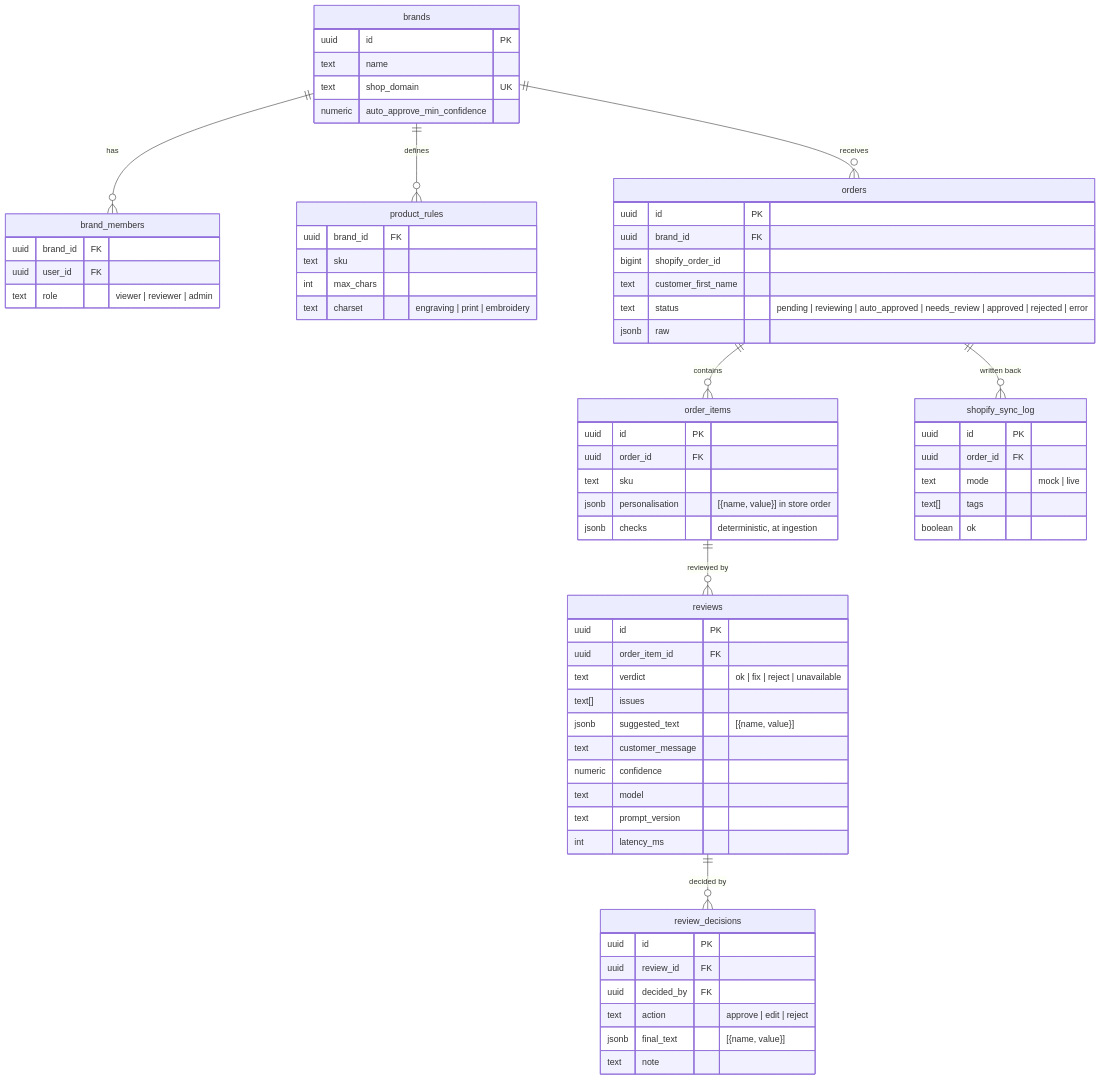
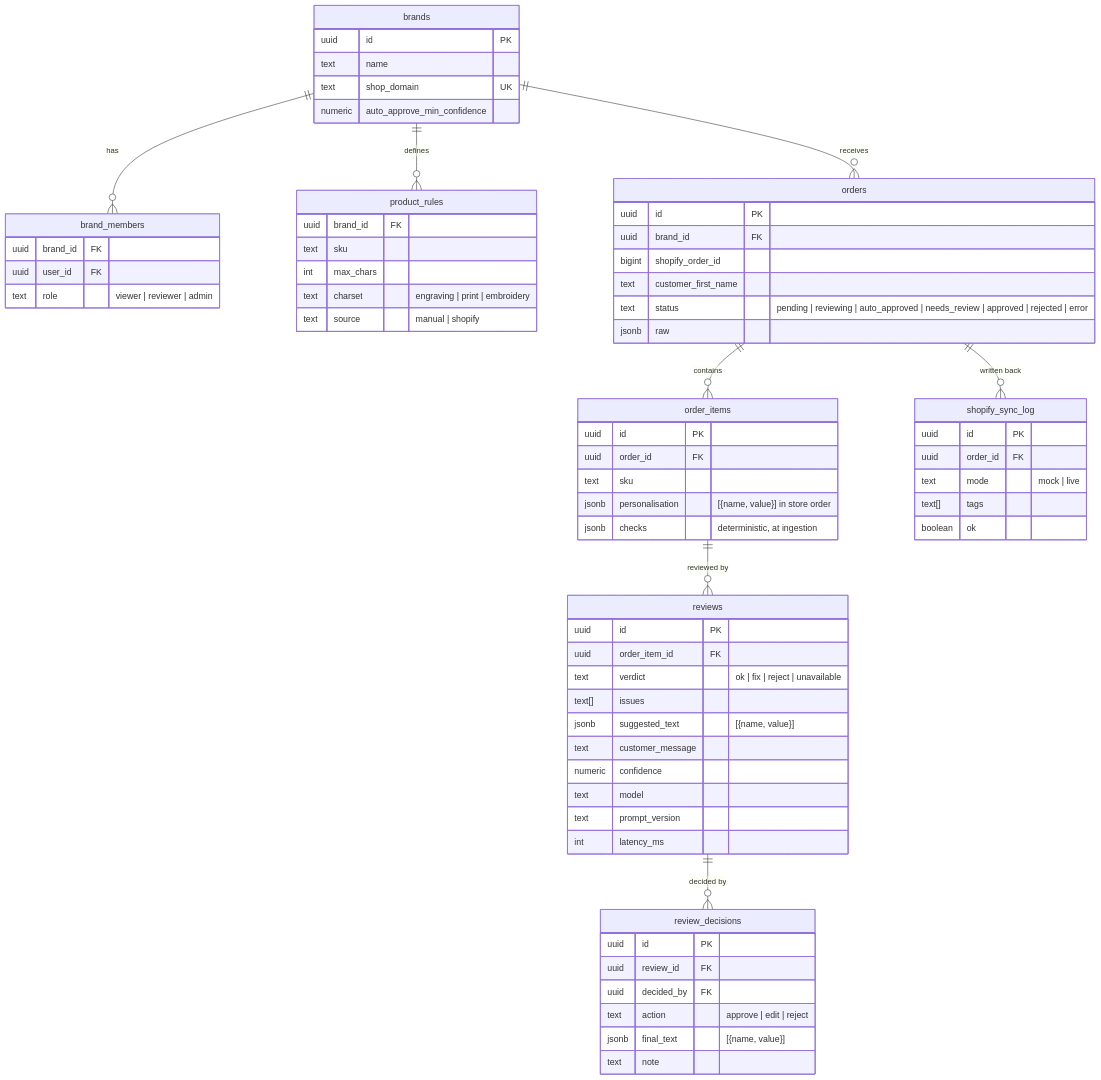
Before and after one commit to SamukDantas/order-ops-copilot: the third of 3 diagrams in docs/TDD.md, drawn with Mermaid. The commit also changed other lines of this file and 11 other files, not shown here.

````diff
--- a/docs/TDD.md
+++ b/docs/TDD.md
@@ -108,69 +108,70 @@
 ```mermaid
 erDiagram
     brands ||--o{ brand_members : has
     brands ||--o{ product_rules : defines
     brands ||--o{ orders : receives
     orders ||--o{ order_items : contains
     orders ||--o{ shopify_sync_log : "written back"
     order_items ||--o{ reviews : "reviewed by"
     reviews ||--o{ review_decisions : "decided by"
     brands {
       uuid id PK
       text name
       text shop_domain UK
       numeric auto_approve_min_confidence
     }
     brand_members {
       uuid brand_id FK
       uuid user_id FK
       text role "viewer | reviewer | admin"
     }
     product_rules {
       uuid brand_id FK
       text sku
       int max_chars
       text charset "engraving | print | embroidery"
+      text source "manual | shopify"
     }
     orders {
       uuid id PK
       uuid brand_id FK
       bigint shopify_order_id
       text customer_first_name
       text status "pending | reviewing | auto_approved | needs_review | approved | rejected | error"
       jsonb raw
     }
     order_items {
       uuid id PK
       uuid order_id FK
       text sku
       jsonb personalisation "[{name, value}] in store order"
       jsonb checks "deterministic, at ingestion"
     }
     reviews {
       uuid id PK
       uuid order_item_id FK
       text verdict "ok | fix | reject | unavailable"
       text[] issues
       jsonb suggested_text "[{name, value}]"
       text customer_message
       numeric confidence
       text model
       text prompt_version
       int latency_ms
     }
     review_decisions {
       uuid id PK
       uuid review_id FK
       uuid decided_by FK
       text action "approve | edit | reject"
       jsonb final_text "[{name, value}]"
       text note
     }
     shopify_sync_log {
       uuid id PK
       uuid order_id FK
       text mode "mock | live"
       text[] tags
       boolean ok
     }
 ```
````
